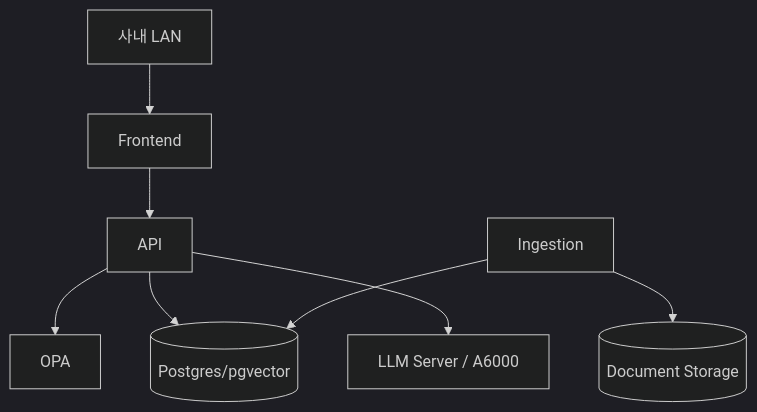
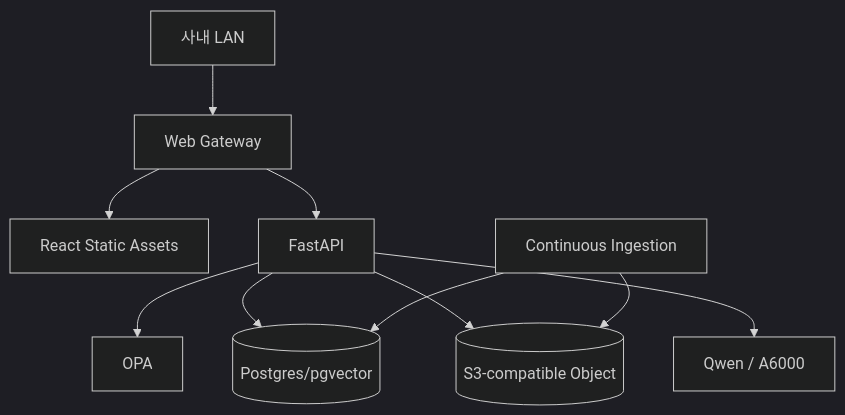
The first of 2 diagrams in rulmera-enterprise-knowledge/50-배포-운영/01-배포-운영계획.md (hori5000/Rulmera-OPA), drawn with Mermaid (dark theme) before and after one commit. The commit also changed other lines of this file and 38 other files, not shown here.

````diff
--- a/rulmera-enterprise-knowledge/50-배포-운영/01-배포-운영계획.md
+++ b/rulmera-enterprise-knowledge/50-배포-운영/01-배포-운영계획.md
@@ -13,10 +11,12 @@
 ```mermaid
 flowchart TB
-  LAN[사내 LAN] --> FE[Frontend]
-  FE --> API[API]
+  LAN[사내 LAN] --> WEB[Web Gateway]
+  WEB --> FE[React Static Assets]
+  WEB --> API[FastAPI]
   API --> OPA[OPA]
   API --> PG[(Postgres/pgvector)]
-  API --> LLM[LLM Server / A6000]
-  ING[Ingestion] --> PG
-  ING --> FS[(Document Storage)]
+  API --> OBJ[(S3-compatible Object)]
+  API --> LLM[Qwen / A6000]
+  ING[Continuous Ingestion] --> OBJ
+  ING --> PG
 ```
````
